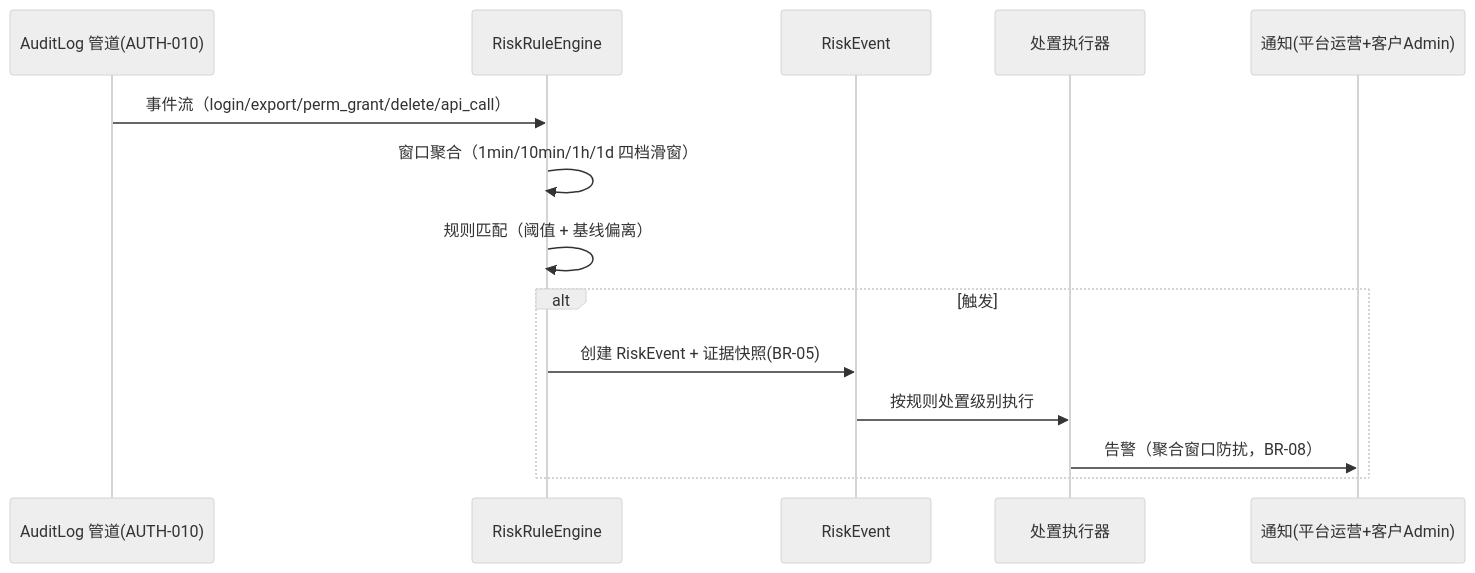
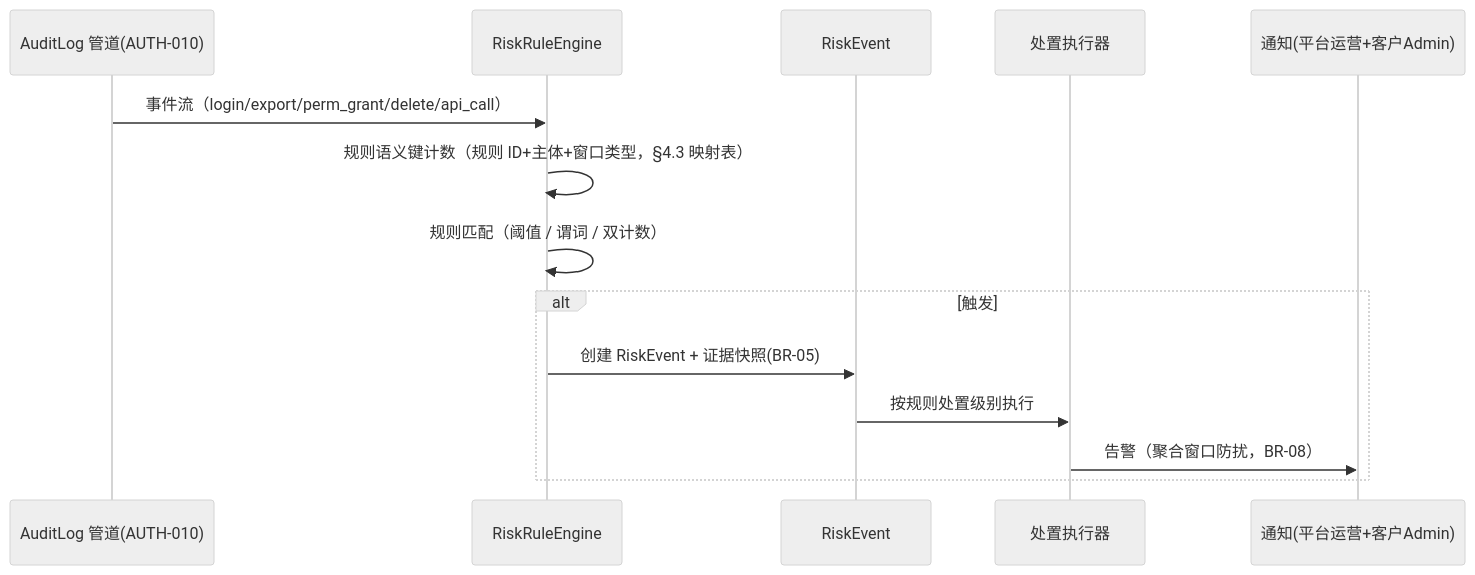
The second of 2 diagrams in docs/sprint-future-p4/AUTH-012-multi-tenant.md (RabbitAI-Lab/RabbitProjects), drawn with Mermaid (neutral theme) before and after one commit. The commit also changed other lines of this file and 10 other files, not shown here.

````diff
--- a/docs/sprint-future-p4/AUTH-012-multi-tenant.md
+++ b/docs/sprint-future-p4/AUTH-012-multi-tenant.md
@@ -138,17 +158,17 @@
 ```mermaid
 sequenceDiagram
     participant P as AuditLog 管道(AUTH-010)
     participant E as RiskRuleEngine
     participant R as RiskEvent
     participant D as 处置执行器
     participant N as 通知(平台运营+客户Admin)
 
     P->>E: 事件流（login/export/perm_grant/delete/api_call）
-    E->>E: 窗口聚合（1min/10min/1h/1d 四档滑窗）
-    E->>E: 规则匹配（阈值 + 基线偏离）
+    E->>E: 规则语义键计数（规则 ID+主体+窗口类型，§4.3 映射表）
+    E->>E: 规则匹配（阈值 / 谓词 / 双计数）
     alt 触发
         E->>R: 创建 RiskEvent + 证据快照(BR-05)
         R->>D: 按规则处置级别执行
         D->>N: 告警（聚合窗口防扰，BR-08）
     end
 ```
````
